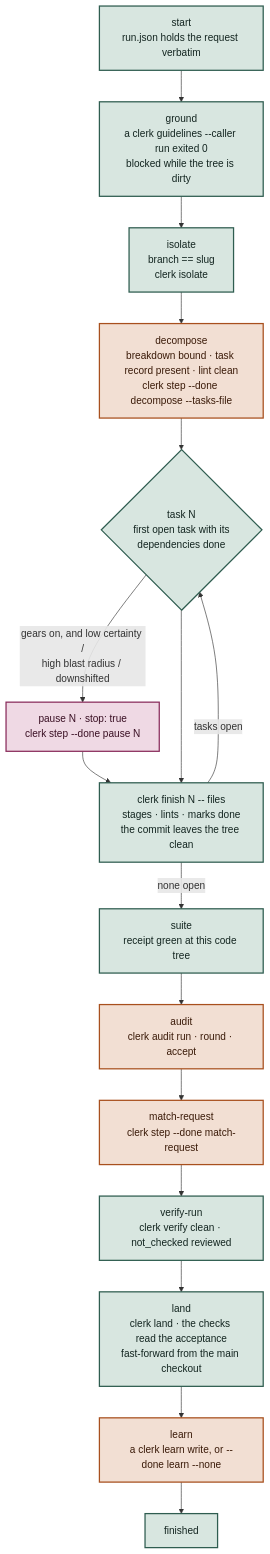
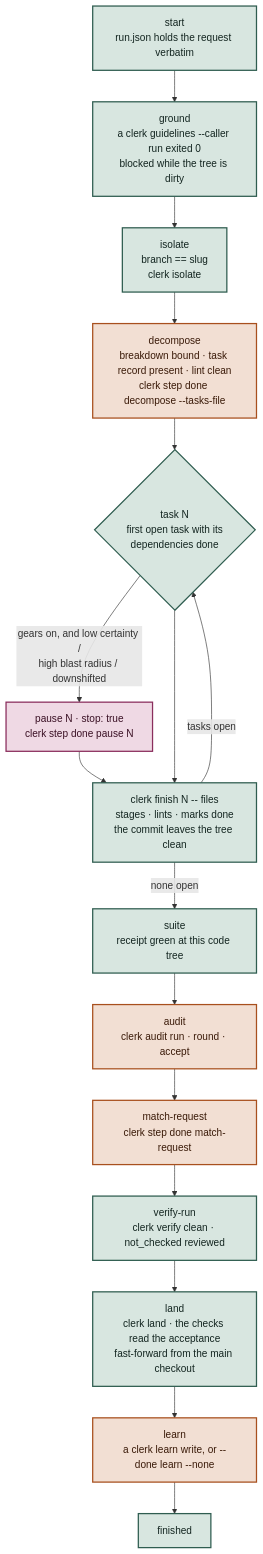
One commit to hpcsc/dotfiles changed the second of 5 diagrams in link/common/dot-config/.config/ai/method/README.md. Above: the diagram before and after it, drawn with Mermaid. The commit also changed other lines of this file and 21 other files, not shown here.

First line of the commit message:
Spell clerk step's verbs as verbs

````diff
--- a/link/common/dot-config/.config/ai/method/README.md
+++ b/link/common/dot-config/.config/ai/method/README.md
@@ -118,24 +118,24 @@
 ```mermaid
 flowchart TD
   START["start<br/>run.json holds the request verbatim"] --> GROUND
   GROUND["ground<br/>a clerk guidelines --caller run exited 0<br/>blocked while the tree is dirty"] --> ISOLATE
   ISOLATE["isolate<br/>branch == slug<br/>clerk isolate"] --> DECOMPOSE
-  DECOMPOSE["decompose<br/>breakdown bound · task record present · lint clean<br/>clerk step --done decompose --tasks-file"] --> TASK
+  DECOMPOSE["decompose<br/>breakdown bound · task record present · lint clean<br/>clerk step done decompose --tasks-file"] --> TASK
   TASK{"task N<br/>first open task with its<br/>dependencies done"} -->|"gears on, and low certainty /<br/>high blast radius / downshifted"| PAUSE
-  PAUSE["pause N · stop: true<br/>clerk step --done pause N"] --> BUILD
+  PAUSE["pause N · stop: true<br/>clerk step done pause N"] --> BUILD
   TASK --> BUILD["clerk finish N -- files<br/>stages · lints · marks done<br/>the commit leaves the tree clean"]
   BUILD -->|"tasks open"| TASK
   BUILD -->|"none open"| SUITE
   SUITE["suite<br/>receipt green at this code tree"] --> AUDIT
   AUDIT["audit<br/>clerk audit run · round · accept"] --> MATCH
-  MATCH["match-request<br/>clerk step --done match-request"] --> VERIFY
+  MATCH["match-request<br/>clerk step done match-request"] --> VERIFY
   VERIFY["verify-run<br/>clerk verify clean · not_checked reviewed"] --> LAND
   LAND["land<br/>clerk land · the checks read the acceptance<br/>fast-forward from the main checkout"] --> LEARN
   LEARN["learn<br/>a clerk learn write, or --done learn --none"] --> FIN["finished"]
   classDef derived fill:#D8E6E0,stroke:#2F5D50,stroke-width:2px,color:#132520
   classDef asserted fill:#F2DFD3,stroke:#A8501E,stroke-width:2px,color:#3A1A08
   classDef checked fill:#EFD9E4,stroke:#8A2E5D,stroke-width:2px,color:#3A1024
   class START,GROUND,ISOLATE,TASK,BUILD,SUITE,VERIFY,LAND,FIN derived
   class DECOMPOSE,AUDIT,MATCH,LEARN asserted
   class PAUSE checked
 ```
````
